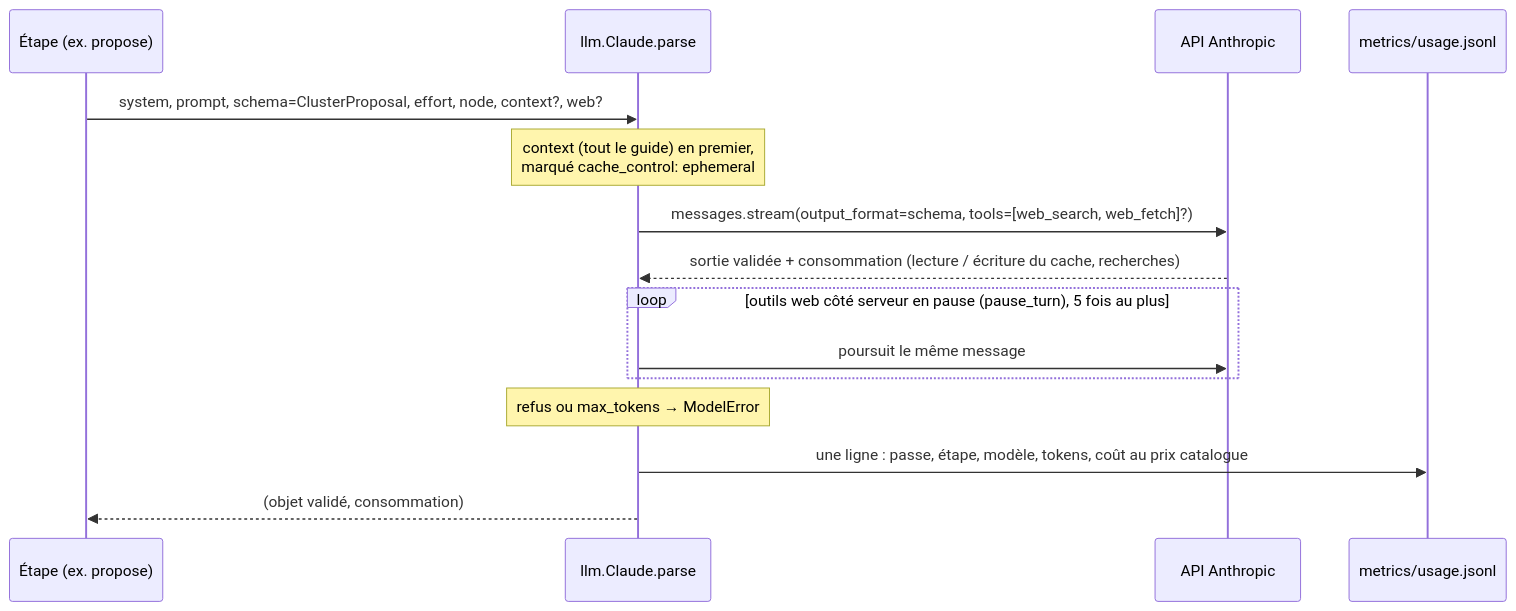
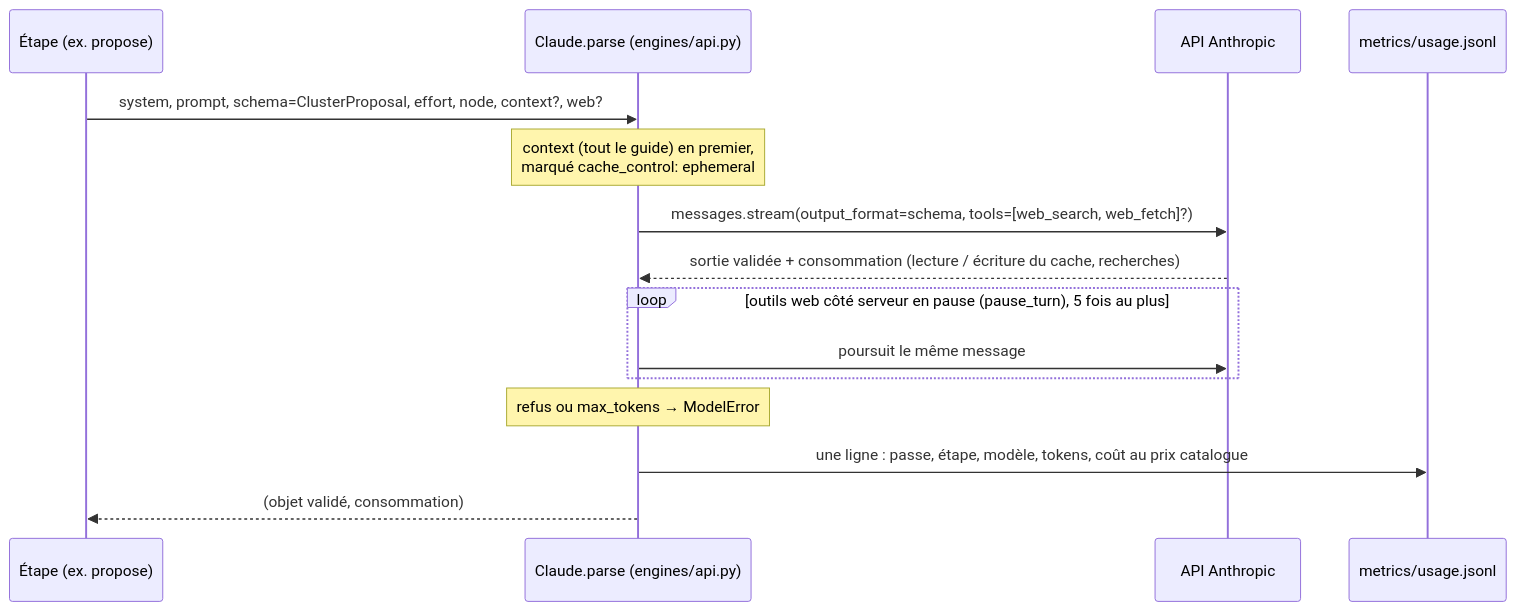
The fifth of 7 diagrams in docs/fr/code.md (DamienBecherini/vault-watch-agent), drawn with Mermaid before and after one commit. The commit also changed other lines of this file and 7 other files, not shown here.

````diff
--- a/docs/fr/code.md
+++ b/docs/fr/code.md
@@ -205,17 +303,17 @@
 ```mermaid
 sequenceDiagram
   participant N as Étape (ex. propose)
-  participant L as llm.Claude.parse
+  participant L as Claude.parse (engines/api.py)
   participant A as API Anthropic
   participant J as metrics/usage.jsonl
   N->>L: system, prompt, schema=ClusterProposal, effort, node, context?, web?
   Note over L: context (tout le guide) en premier,<br/>marqué cache_control: ephemeral
   L->>A: messages.stream(output_format=schema, tools=[web_search, web_fetch]?)
   A-->>L: sortie validée + consommation (lecture / écriture du cache, recherches)
   loop outils web côté serveur en pause (pause_turn), 5 fois au plus
     L->>A: poursuit le même message
   end
   Note over L: refus ou max_tokens → ModelError
   L->>J: une ligne : passe, étape, modèle, tokens, coût au prix catalogue
   L-->>N: (objet validé, consommation)
 ```
````
